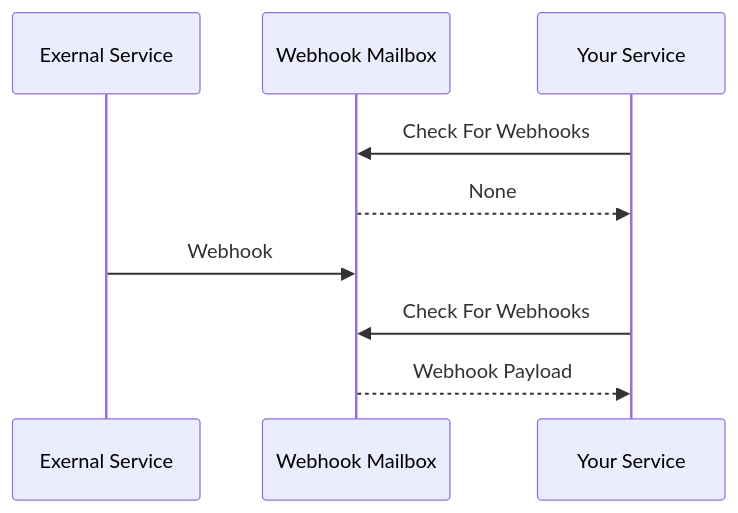
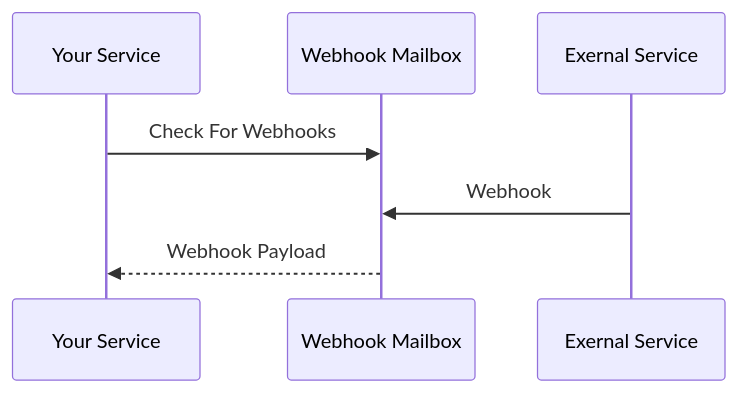
One commit to bddap/webhook-mailbox changed the diagram in README.md. Above: the diagram before and after it, drawn with Mermaid.

Commit message:
The diagram in the readme can actually be even simpler.

````diff
--- a/README.md
+++ b/README.md
@@ -3,11 +3,9 @@
 ```mermaid
 sequenceDiagram
+    participant Y as Your Service
+    participant W as Webhook Mailbox
     participant E as Exernal Service
-    participant W as Webhook Mailbox
-    participant Y as Your Service
-	Y->>W: Check For Webhooks
-    W-->>Y: None
+    Y->>W: Check For Webhooks
     E->>W: Webhook
-    Y->>W: Check For Webhooks
     W-->>Y: Webhook Payload
 ```
````
